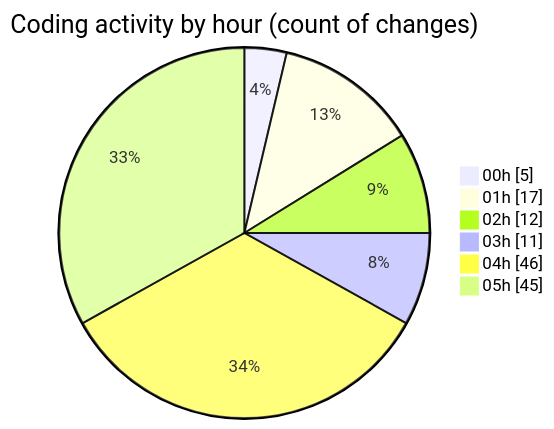
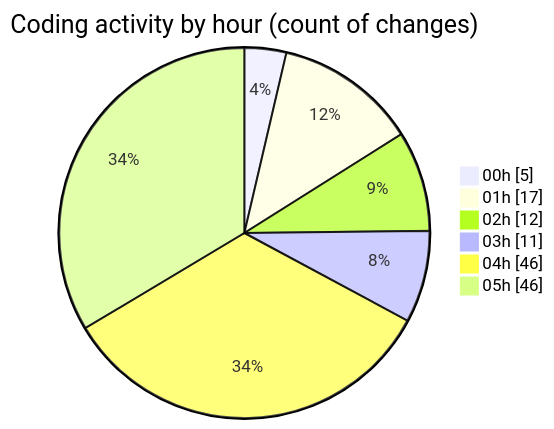
Before and after one commit to EIIisD/code-tracking: the second of 2 diagrams in 2025-08-04/tw-server/README.md, drawn with Mermaid. The commit also changed other lines of this file and 1 other file, not shown here.

````diff
--- a/2025-08-04/tw-server/README.md
+++ b/2025-08-04/tw-server/README.md
@@ -38,10 +38,10 @@
 ```mermaid
 pie showData
 title Coding activity by hour (count of changes)
 "00h" : 5
 "01h" : 17
 "02h" : 12
 "03h" : 11
 "04h" : 46
-"05h" : 45
+"05h" : 46
 ```
````
